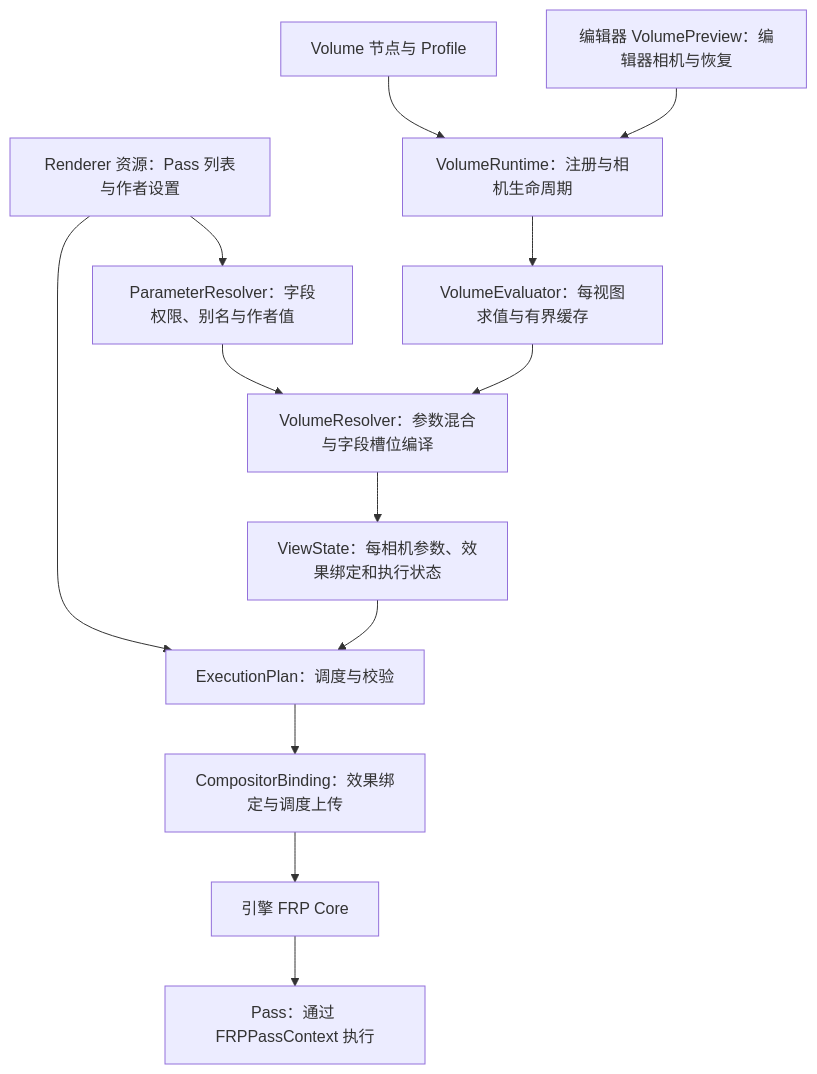
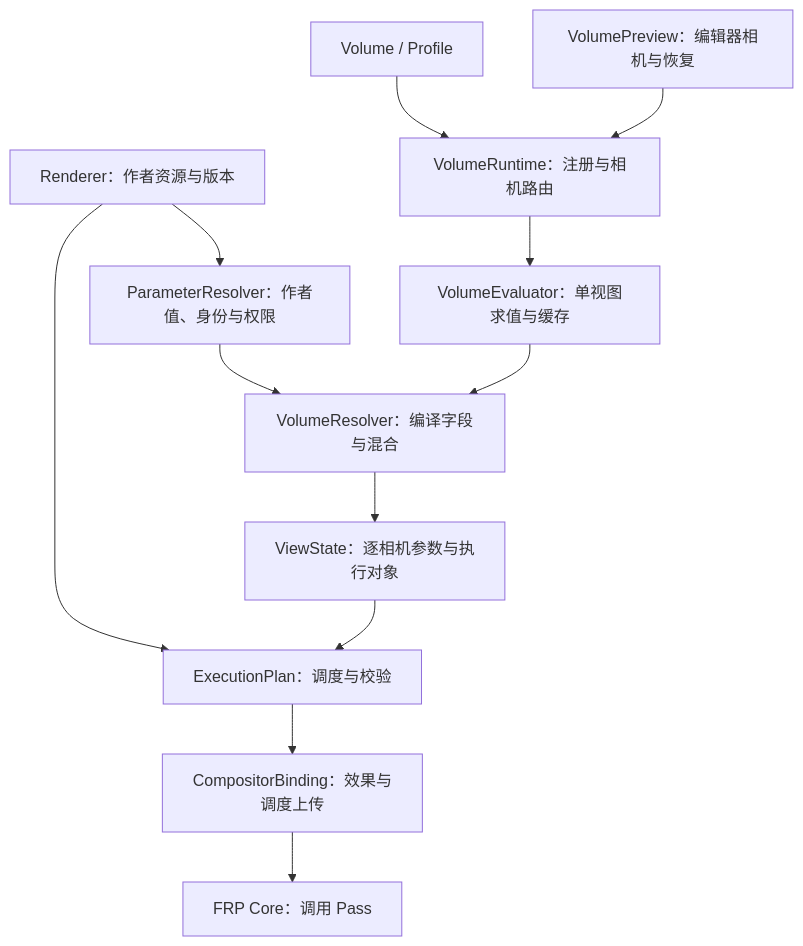
Before and after one commit to f2015805589/feng-godot: the diagram in doc/frp-addon-architecture.md, drawn with Mermaid. The commit also changed other lines of this file and 40 other files, not shown here.

````diff
--- a/doc/frp-addon-architecture.md
+++ b/doc/frp-addon-architecture.md
@@ -8,15 +9,14 @@
 ```mermaid
 flowchart TD
-    A[Renderer 资源：Pass 列表与作者设置] --> B[ExecutionPlan：调度与校验]
-    B --> C[CompositorBinding：效果绑定与调度上传]
-    C --> D[引擎 FRP Core]
-    E[Volume 节点与 Profile] --> F[VolumeRuntime：注册与相机生命周期]
-    F --> L[VolumeEvaluator：每视图求值与有界缓存]
-    L --> G[VolumeResolver：参数混合与字段槽位编译]
-    H[编辑器 VolumePreview：编辑器相机与恢复] --> F
-    A --> I[ParameterResolver：字段权限、别名与作者值]
-    I --> G
-    G --> J[ViewState：每相机参数、效果绑定和执行状态]
+    A[Renderer：作者资源与版本] --> B[ExecutionPlan：调度与校验]
+    B --> C[CompositorBinding：效果与调度上传]
+    C --> D[FRP Core：调用 Pass]
+    E[Volume / Profile] --> F[VolumeRuntime：注册与相机路由]
+    F --> G[VolumeEvaluator：单视图求值与缓存]
+    G --> H[VolumeResolver：编译字段与混合]
+    A --> I[ParameterResolver：作者值、身份与权限]
+    I --> H
+    H --> J[ViewState：逐相机参数与执行对象]
     J --> B
-    D --> K[Pass：通过 FRPPassContext 执行]
+    K[VolumePreview：编辑器相机与恢复] --> F
 ```
````
